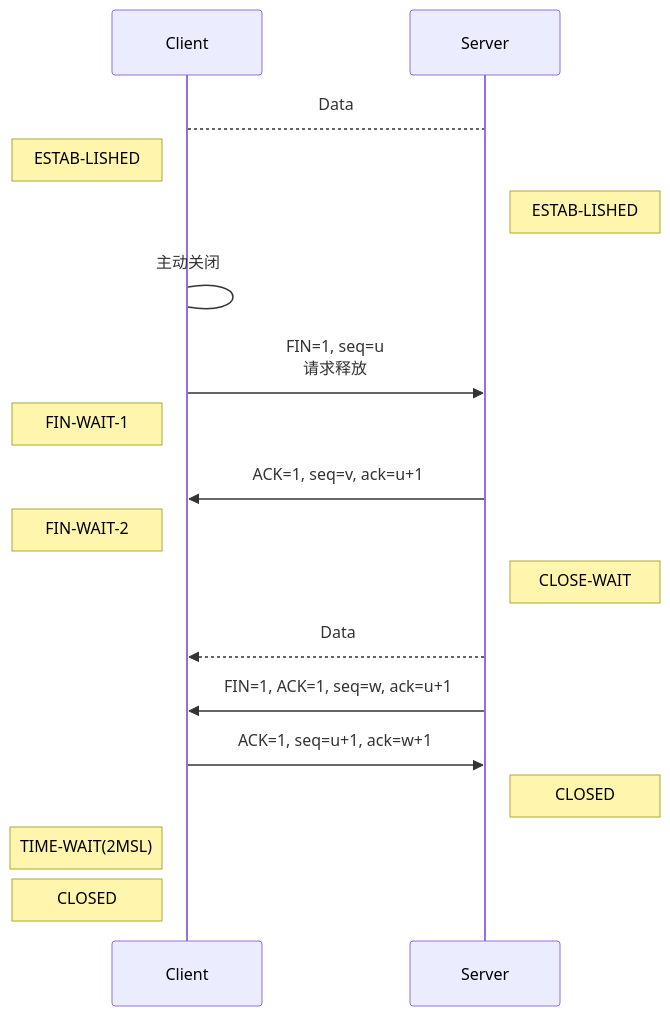
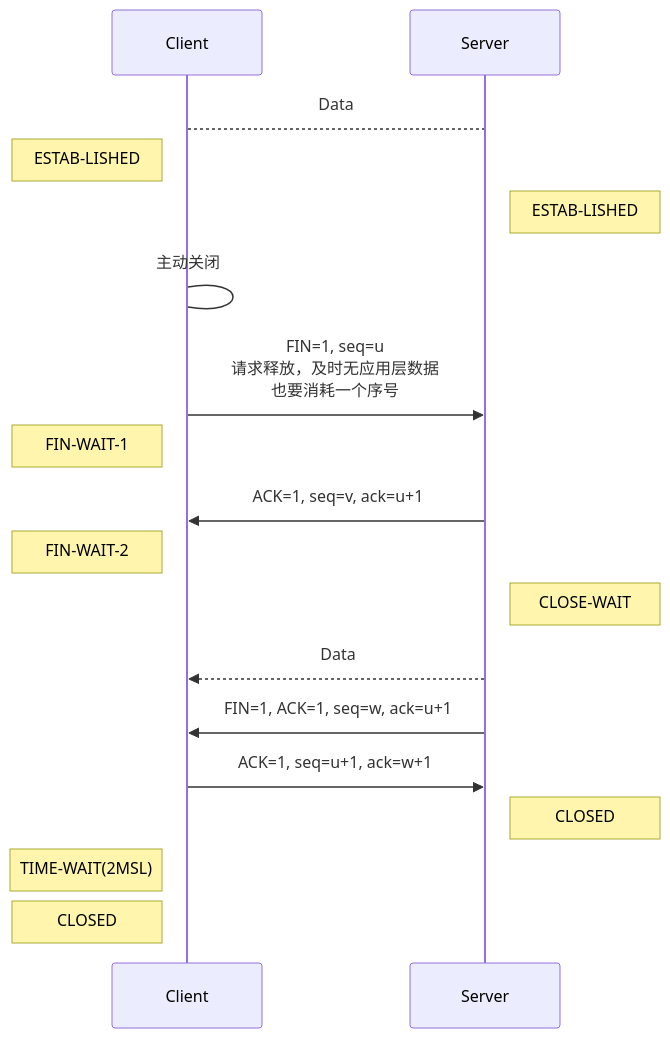
The second of 2 diagrams in KnowledgeMap/计算机科学/计算机网络/notes/传输层/TCP.md (CharlesShan-hub/PKM), drawn with Mermaid before and after one commit. The commit also changed other lines of this file and 60 other files, not shown here.

````diff
--- a/KnowledgeMap/计算机科学/计算机网络/notes/传输层/TCP.md
+++ b/KnowledgeMap/计算机科学/计算机网络/notes/传输层/TCP.md
@@ -127,21 +144,21 @@
 ```mermaid
   sequenceDiagram
   	participant Client
   	participant Server
 		
 		Client-->Server: Data
   	Note left of Client: ESTAB-LISHED
   	Note right of Server: ESTAB-LISHED
   	Client -> Client:主动关闭
-  	Client ->> Server:FIN=1, seq=u<br>请求释放
+  	Client ->> Server:FIN=1, seq=u<br>请求释放，及时无应用层数据<br>也要消耗一个序号
   	Note left of Client: FIN-WAIT-1
   	Server ->> Client:ACK=1, seq=v, ack=u+1
   	Note left of Client: FIN-WAIT-2
   	Note right of Server: CLOSE-WAIT
   	Server-->>Client: Data
   	Server->>Client: FIN=1, ACK=1, seq=w, ack=u+1
   	Client ->> Server:ACK=1, seq=u+1, ack=w+1
   	Note right of Server: CLOSED
   	Note left of Client: TIME-WAIT(2MSL)
   	Note left of Client: CLOSED
 ```
````
